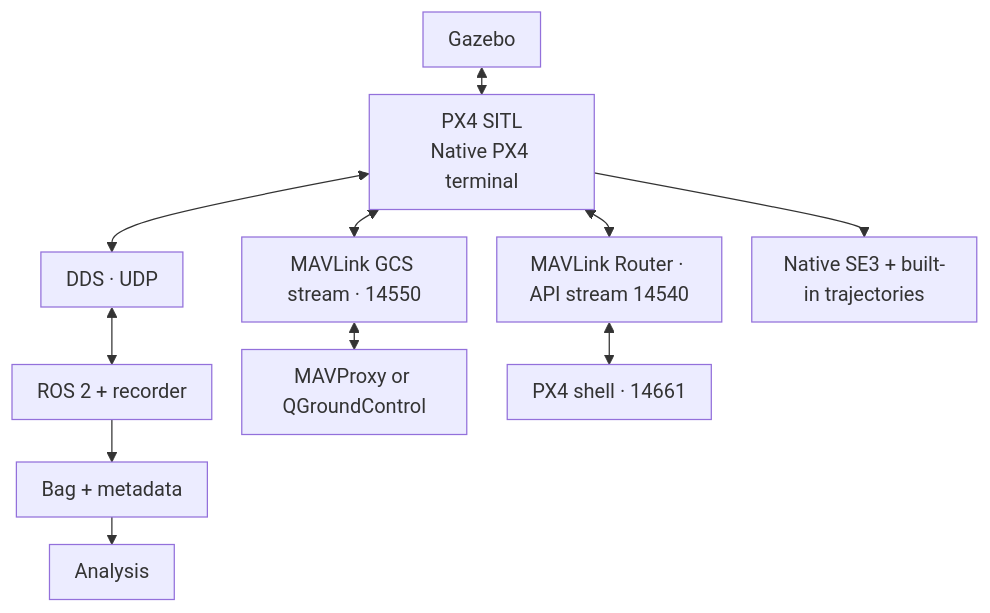
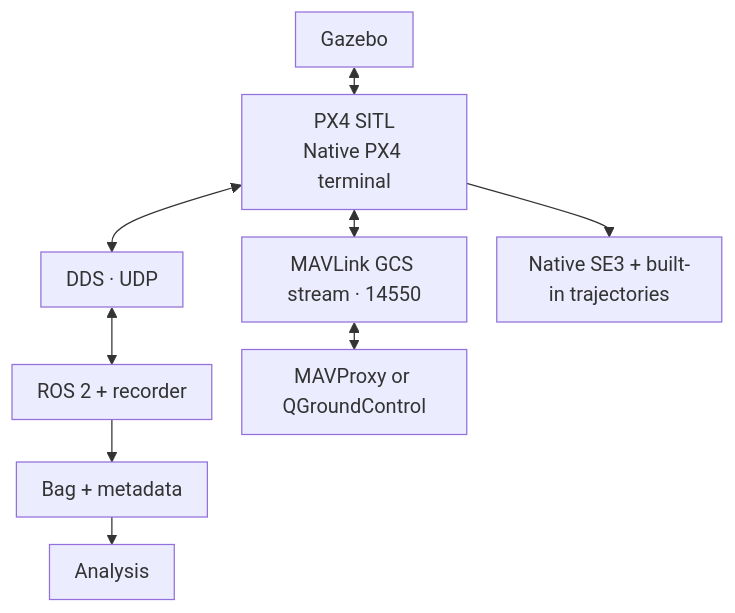
The first of 2 diagrams in docs/reference/architecture.md (ANCL/px4-dev-toolkit), drawn with Mermaid before and after one commit. The commit also changed other lines of this file and 22 other files, not shown here.

````diff
--- a/docs/reference/architecture.md
+++ b/docs/reference/architecture.md
@@ -14,22 +14,20 @@
 ```mermaid
 ---
 config:
   flowchart:
     useMaxWidth: true
     wrappingWidth: 140
     padding: 10
     rankSpacing: 22
     nodeSpacing: 24
 ---
 flowchart TB
     G["Gazebo"] <--> P["PX4 SITL<br/>Native PX4 terminal"]
     P <--> X["DDS · UDP"]
     X <--> R["ROS 2 + recorder"]
     P <--> M["MAVLink GCS stream · 14550"]
     M <--> GCS["MAVProxy or QGroundControl"]
-    P <--> MR["MAVLink Router · API stream 14540"]
-    MR <--> CLI["PX4 shell · 14661"]
     P --> N["Native SE3 + built-in trajectories"]
     R --> B["Bag + metadata"]
     B --> A["Analysis"]
 ```
````
